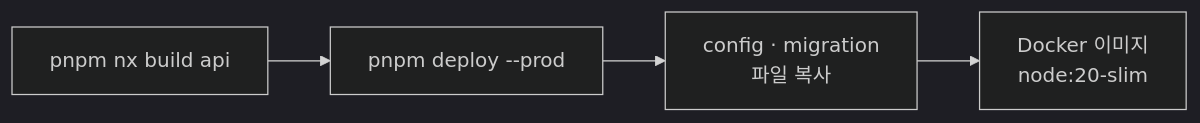
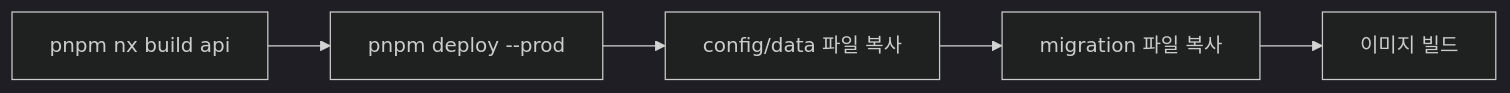
Before and after one commit to neocode24/portfolio: the third of 4 diagrams in src/data/blog/ai-portal-cicd-pipeline.md, drawn with Mermaid (dark theme). The commit also changed other lines of this file, not shown here.

````diff
--- a/src/data/blog/ai-portal-cicd-pipeline.md
+++ b/src/data/blog/ai-portal-cicd-pipeline.md
@@ -130,4 +159,4 @@
 ```mermaid
 flowchart LR
-    A["pnpm nx build api"] --> B["pnpm deploy --prod"] --> C["config · migration<br/>파일 복사"] --> D["Docker 이미지<br/>node:20-slim"]
+    A["pnpm nx build api"] --> B["pnpm deploy --prod"] --> C["config/data 파일 복사"] --> D["migration 파일 복사"] --> E["이미지 빌드"]
 ```
````
